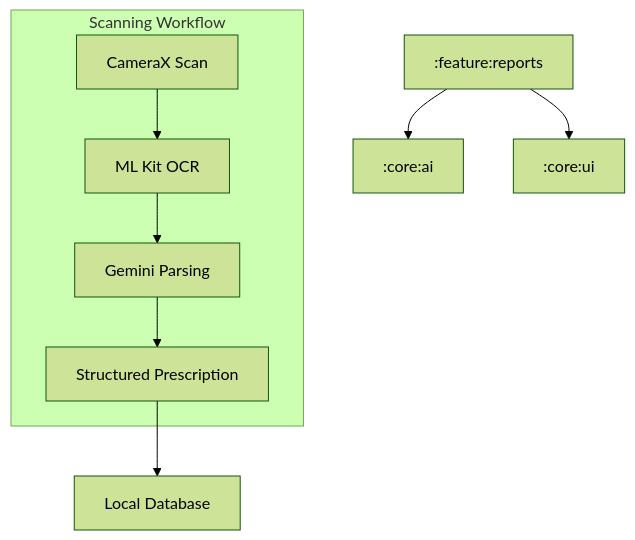
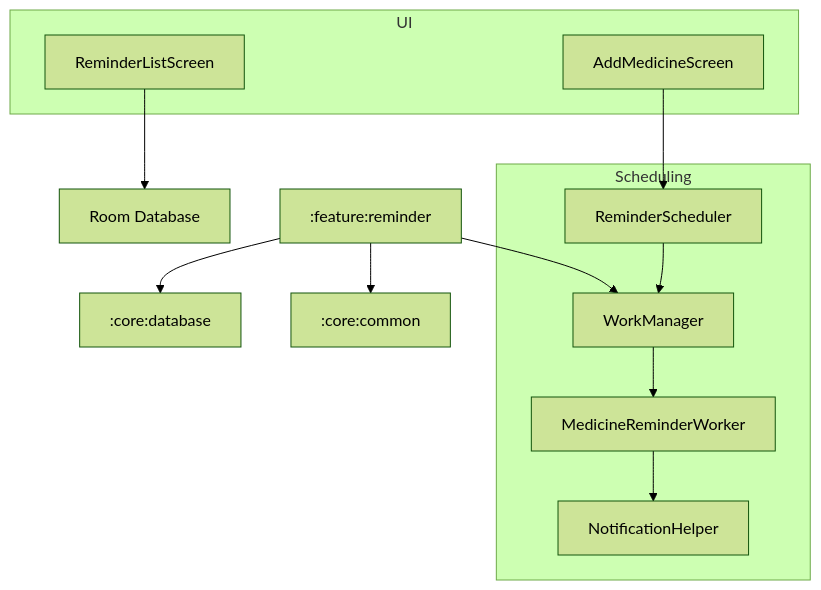
One commit to KotlinFiroj/Ai-HealthCare-App changed the diagram in .artifacts/4dc8775b-7ddf-49a0-b4e6-8fda79cbdfec/implementation_plan.artifact.md. Above: the diagram before and after it, drawn with Mermaid (forest theme). The commit also changed other lines of this file and 18 other files, not shown here.

Commit message:
Implement Phase 9: Medicine Reminder & Smart Notifications feature with local database, reminder scheduling, and notification management

````diff
--- a/.artifacts/4dc8775b-7ddf-49a0-b4e6-8fda79cbdfec/implementation_plan.artifact.md
+++ b/.artifacts/4dc8775b-7ddf-49a0-b4e6-8fda79cbdfec/implementation_plan.artifact.md
@@ -49,13 +55,20 @@
 ```mermaid
 graph TD
-    F_Reports[:feature:reports] --> C_AI[:core:ai]
-    F_Reports --> C_UI[:core:ui]
+    F_Rem[:feature:reminder] --> C_DB[:core:database]
+    F_Rem --> C_Com[:core:common]
+    F_Rem --> WM[WorkManager]
 
-    subgraph Scanning Workflow
-        Scan[CameraX Scan] --> OCR[ML Kit OCR]
-        OCR --> Gemini[Gemini Parsing]
-        Gemini --> StructuredData[Structured Prescription]
+    subgraph Scheduling
+        Scheduler[ReminderScheduler] --> WM
+        WM --> Worker[MedicineReminderWorker]
+        Worker --> Notif[NotificationHelper]
     end
 
-    StructuredData --> DB[Local Database]
+    subgraph UI
+        List[ReminderListScreen]
+        Add[AddMedicineScreen]
+    end
+
+    List --> DB[Room Database]
+    Add --> Scheduler
 ```
````
